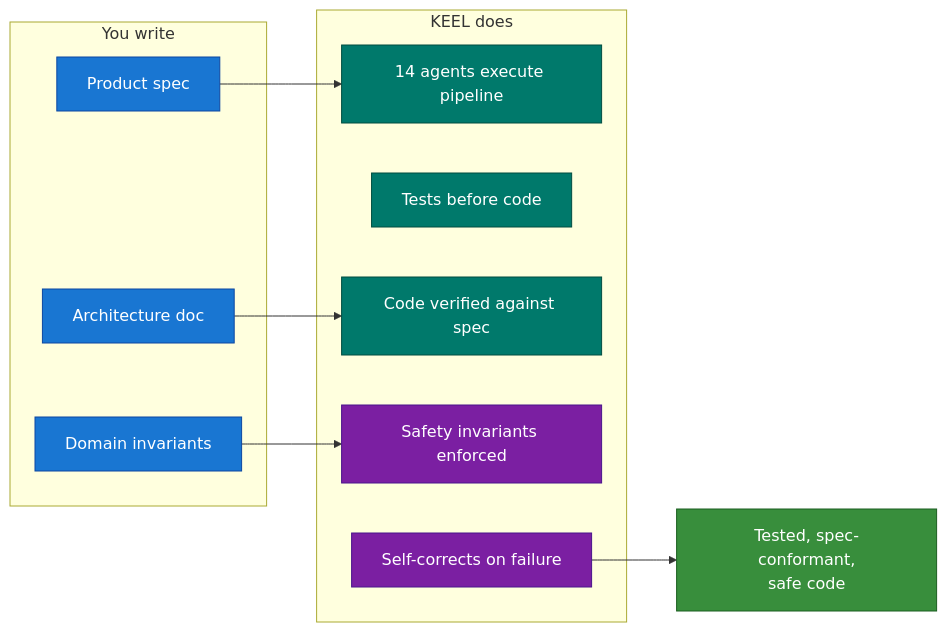
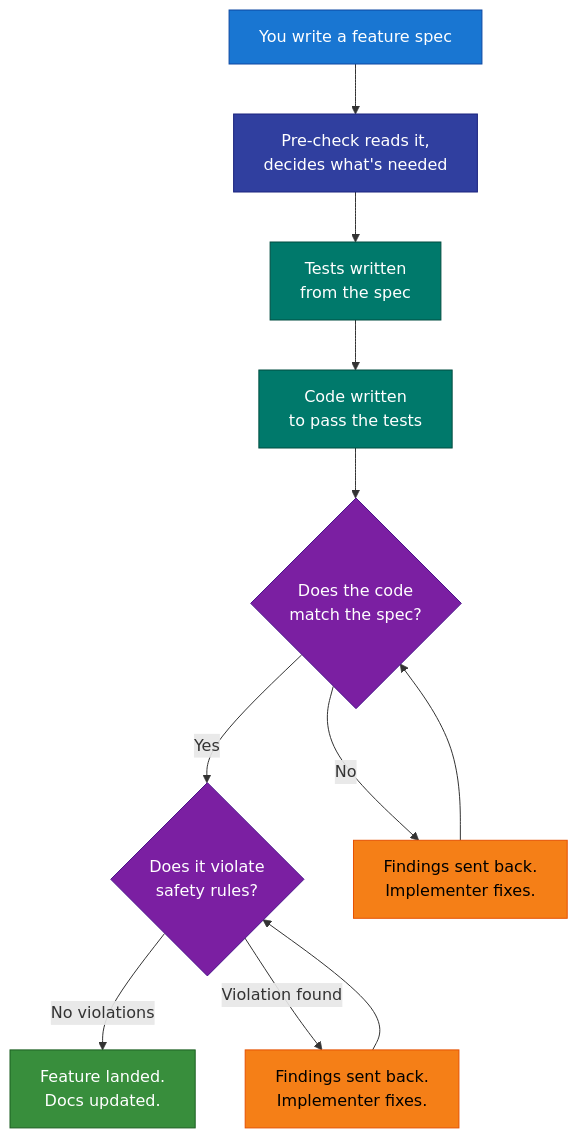
Before and after one commit to TejGandham/keel: the second of 2 diagrams in README.md, drawn with Mermaid. The commit also changed other lines of this file, not shown here.

Commit message:
docs: rewrite solution diagram to tell the story, not label boxes
The old diagram was input → black box → output. No story.

New diagram walks through what actually happens:
1. You write a spec
2. Pre-check reads it, decides what's needed
3. Tests written from the spec
4. Code written to pass the tests
5. Does the code match the spec? No → fix → retry
6. Does it violate safety rules? Yes → fix → retry
7. Feature landed, docs updated

The self-correction loop is now visible and readable.

````diff
--- a/README.md
+++ b/README.md
@@ -24,29 +24,23 @@
 ```mermaid
-graph LR
-    subgraph input [You write]
-        Spec[Product spec]
-        Inv[Domain invariants]
-        Arch[Architecture doc]
-    end
-    subgraph pipeline [KEEL does]
-        P1[14 agents execute pipeline]
-        P2[Tests before code]
-        P3[Code verified against spec]
-        P4[Safety invariants enforced]
-        P5[Self-corrects on failure]
-    end
-    Spec --> P1
-    Inv --> P4
-    Arch --> P3
-    P5 --> Out[Tested, spec-conformant,<br/>safe code]
+graph TD
+    Spec["You write a feature spec"] --> PC["Pre-check reads it,<br/>decides what's needed"]
+    PC --> TW["Tests written<br/>from the spec"]
+    TW --> IMP["Code written<br/>to pass the tests"]
+    IMP --> Gate{"Does the code<br/>match the spec?"}
+    Gate -->|Yes| Safe{"Does it violate<br/>safety rules?"}
+    Gate -->|No| Fix["Findings sent back.<br/>Implementer fixes."]
+    Fix --> Gate
+    Safe -->|No violations| Land["Feature landed.<br/>Docs updated."]
+    Safe -->|Violation found| Fix2["Findings sent back.<br/>Implementer fixes."]
+    Fix2 --> Safe
 
     style Spec fill:#1976D2,stroke:#0D47A1,color:#fff
-    style Inv fill:#1976D2,stroke:#0D47A1,color:#fff
-    style Arch fill:#1976D2,stroke:#0D47A1,color:#fff
-    style P1 fill:#00796B,stroke:#004D40,color:#fff
-    style P2 fill:#00796B,stroke:#004D40,color:#fff
-    style P3 fill:#00796B,stroke:#004D40,color:#fff
-    style P4 fill:#7B1FA2,stroke:#4A148C,color:#fff
-    style P5 fill:#7B1FA2,stroke:#4A148C,color:#fff
-    style Out fill:#388E3C,stroke:#1B5E20,color:#fff
+    style PC fill:#303F9F,stroke:#1A237E,color:#fff
+    style TW fill:#00796B,stroke:#004D40,color:#fff
+    style IMP fill:#00796B,stroke:#004D40,color:#fff
+    style Gate fill:#7B1FA2,stroke:#4A148C,color:#fff
+    style Safe fill:#7B1FA2,stroke:#4A148C,color:#fff
+    style Fix fill:#F57F17,stroke:#E65100,color:#000
+    style Fix2 fill:#F57F17,stroke:#E65100,color:#000
+    style Land fill:#388E3C,stroke:#1B5E20,color:#fff
 ```
````
